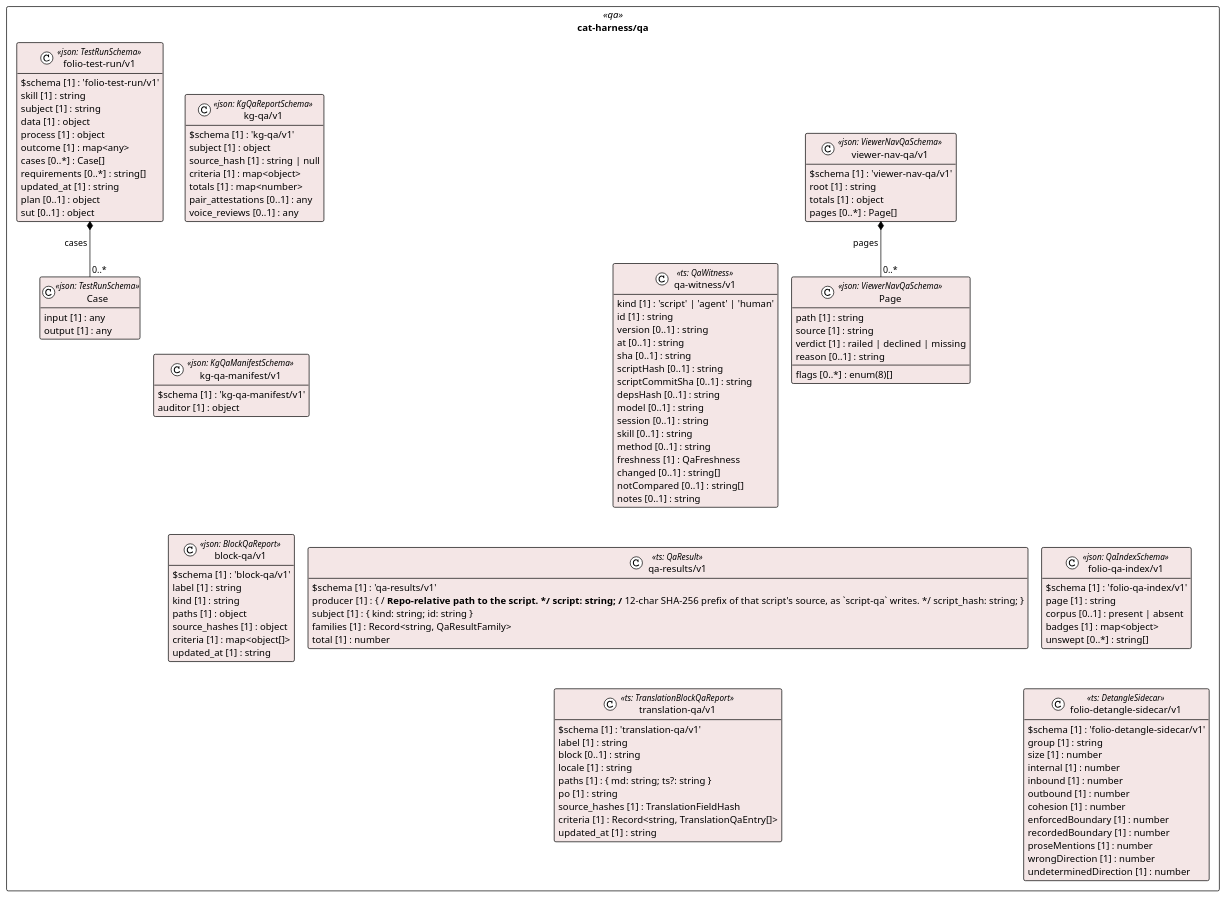
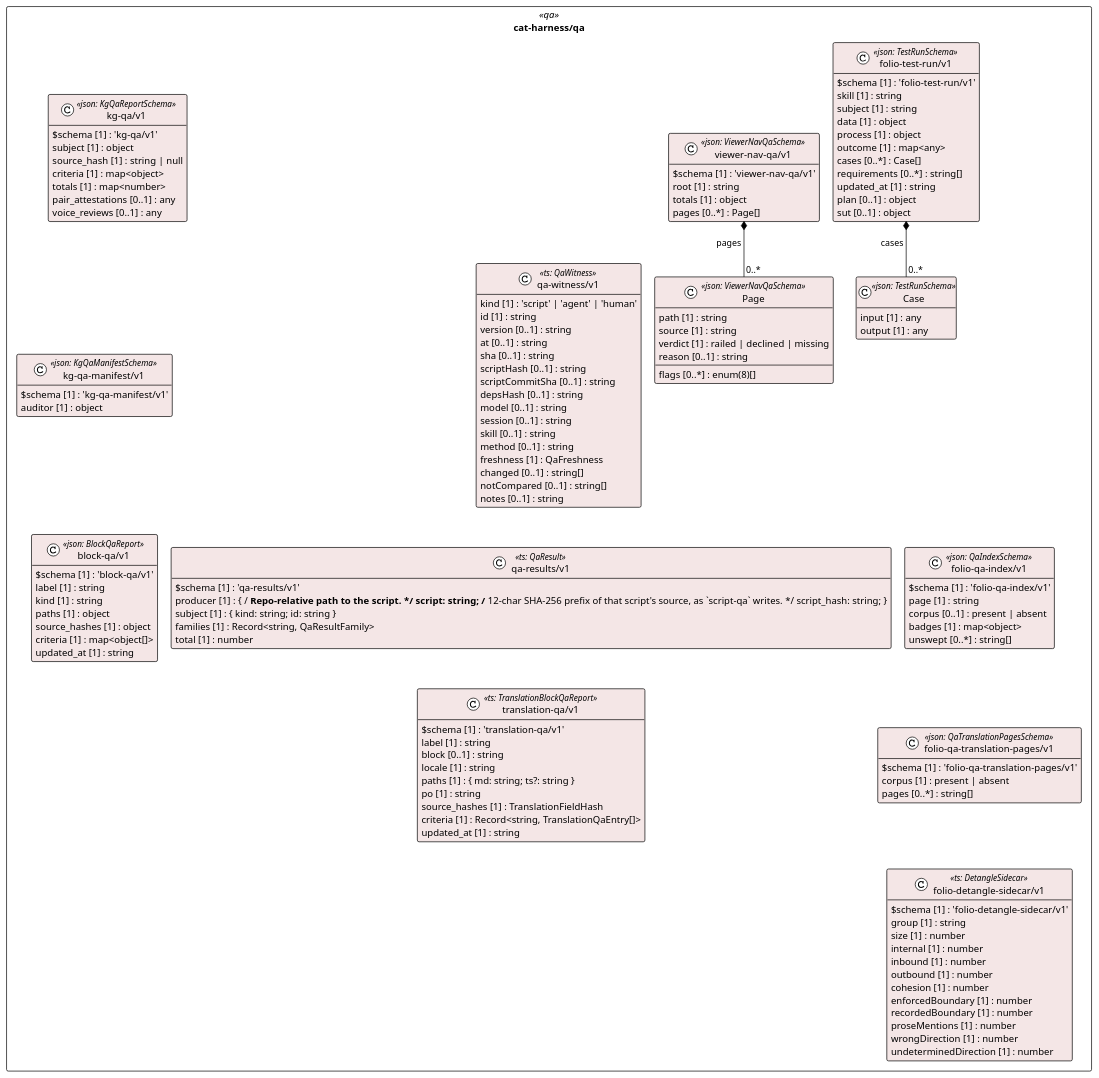
One commit to litlfred/folio-assistant changed the diagram in cat-harness/uml/overview/cat-harness/qa.puml. Above: the diagram before and after it, drawn with PlantUML. The commit also changed 13 other files, not shown here.

```diff
--- a/cat-harness/uml/overview/cat-harness/qa.puml
+++ b/cat-harness/uml/overview/cat-harness/qa.puml
@@ -3,123 +3,128 @@
 @startuml cat_harness_qa
 !pragma layout elk
 !theme plain
 skinparam classAttributeIconSize 0
 skinparam shadowing false
 skinparam packageStyle rectangle
 hide empty methods
 
 package "cat-harness/qa" as pkg_cat_harness_qa <<qa>> {
   class "kg-qa/v1" as cat_harness_qa_kg_qa_v1_kg_qa_v1 <<json: KgQaReportSchema>> #f4e6e6 {
     $schema [1] : 'kg-qa/v1'
     subject [1] : object
     source_hash [1] : string | null
     criteria [1] : map<object>
     totals [1] : map<number>
     pair_attestations [0..1] : any
     voice_reviews [0..1] : any
   }
   class "kg-qa-manifest/v1" as cat_harness_qa_kg_qa_manifest_v1_kg_qa_manifest_v1 <<json: KgQaManifestSchema>> #f4e6e6 {
     $schema [1] : 'kg-qa-manifest/v1'
     auditor [1] : object
   }
   class "block-qa/v1" as cat_harness_qa_block_qa_v1_block_qa_v1 <<json: BlockQaReport>> #f4e6e6 {
     $schema [1] : 'block-qa/v1'
     label [1] : string
     kind [1] : string
     paths [1] : object
     source_hashes [1] : object
     criteria [1] : map<object[]>
     updated_at [1] : string
   }
   class "Case" as cat_harness_qa_folio_test_run_v1_Case <<json: TestRunSchema>> #f4e6e6 {
     input [1] : any
     output [1] : any
   }
   class "folio-test-run/v1" as cat_harness_qa_folio_test_run_v1_folio_test_run_v1 <<json: TestRunSchema>> #f4e6e6 {
     $schema [1] : 'folio-test-run/v1'
     skill [1] : string
     subject [1] : string
     data [1] : object
     process [1] : object
     outcome [1] : map<any>
     cases [0..*] : Case[]
     requirements [0..*] : string[]
     updated_at [1] : string
     plan [0..1] : object
     sut [0..1] : object
   }
   class "qa-witness/v1" as cat_harness_qa_qa_witness_v1 <<ts: QaWitness>> #f4e6e6 {
     kind [1] : 'script' | 'agent' | 'human'
     id [1] : string
     version [0..1] : string
     at [0..1] : string
     sha [0..1] : string
     scriptHash [0..1] : string
     scriptCommitSha [0..1] : string
     depsHash [0..1] : string
     model [0..1] : string
     session [0..1] : string
     skill [0..1] : string
     method [0..1] : string
     freshness [1] : QaFreshness
     changed [0..1] : string[]
     notCompared [0..1] : string[]
     notes [0..1] : string
   }
   class "qa-results/v1" as cat_harness_qa_qa_results_v1 <<ts: QaResult>> #f4e6e6 {
     $schema [1] : 'qa-results/v1'
     producer [1] : { /** Repo-relative path to the script. */ script: string; /** 12-char SHA-256 prefix of that script's source, as `script-qa` writes. */ script_hash: string; }
     subject [1] : { kind: string; id: string }
     families [1] : Record<string, QaResultFamily>
     total [1] : number
   }
   class "translation-qa/v1" as cat_harness_qa_translation_qa_v1 <<ts: TranslationBlockQaReport>> #f4e6e6 {
     $schema [1] : 'translation-qa/v1'
     label [1] : string
     block [0..1] : string
     locale [1] : string
     paths [1] : { md: string; ts?: string }
     po [1] : string
     source_hashes [1] : TranslationFieldHash
     criteria [1] : Record<string, TranslationQaEntry[]>
     updated_at [1] : string
   }
   class "folio-qa-index/v1" as cat_harness_qa_folio_qa_index_v1_folio_qa_index_v1 <<json: QaIndexSchema>> #f4e6e6 {
     $schema [1] : 'folio-qa-index/v1'
     page [1] : string
     corpus [0..1] : present | absent
     badges [1] : map<object>
     unswept [0..*] : string[]
   }
+  class "folio-qa-translation-pages/v1" as cat_harness_qa_folio_qa_translation_pages_v1_folio_qa_translation_pages_v1 <<json: QaTranslationPagesSchema>> #f4e6e6 {
+    $schema [1] : 'folio-qa-translation-pages/v1'
+    corpus [1] : present | absent
+    pages [0..*] : string[]
+  }
   class "folio-detangle-sidecar/v1" as cat_harness_qa_folio_detangle_sidecar_v1 <<ts: DetangleSidecar>> #f4e6e6 {
     $schema [1] : 'folio-detangle-sidecar/v1'
     group [1] : string
     size [1] : number
     internal [1] : number
     inbound [1] : number
     outbound [1] : number
     cohesion [1] : number
     enforcedBoundary [1] : number
     recordedBoundary [1] : number
     proseMentions [1] : number
     wrongDirection [1] : number
     undeterminedDirection [1] : number
   }
   class "Page" as cat_harness_qa_viewer_nav_qa_v1_Page <<json: ViewerNavQaSchema>> #f4e6e6 {
     path [1] : string
     source [1] : string
     verdict [1] : railed | declined | missing
     reason [0..1] : string
     flags [0..*] : enum(8)[]
   }
   class "viewer-nav-qa/v1" as cat_harness_qa_viewer_nav_qa_v1_viewer_nav_qa_v1 <<json: ViewerNavQaSchema>> #f4e6e6 {
     $schema [1] : 'viewer-nav-qa/v1'
     root [1] : string
     totals [1] : object
     pages [0..*] : Page[]
   }
 }
 
 cat_harness_qa_folio_test_run_v1_folio_test_run_v1 *-- "0..*" cat_harness_qa_folio_test_run_v1_Case : cases
 cat_harness_qa_viewer_nav_qa_v1_viewer_nav_qa_v1 *-- "0..*" cat_harness_qa_viewer_nav_qa_v1_Page : pages
 @enduml
```
